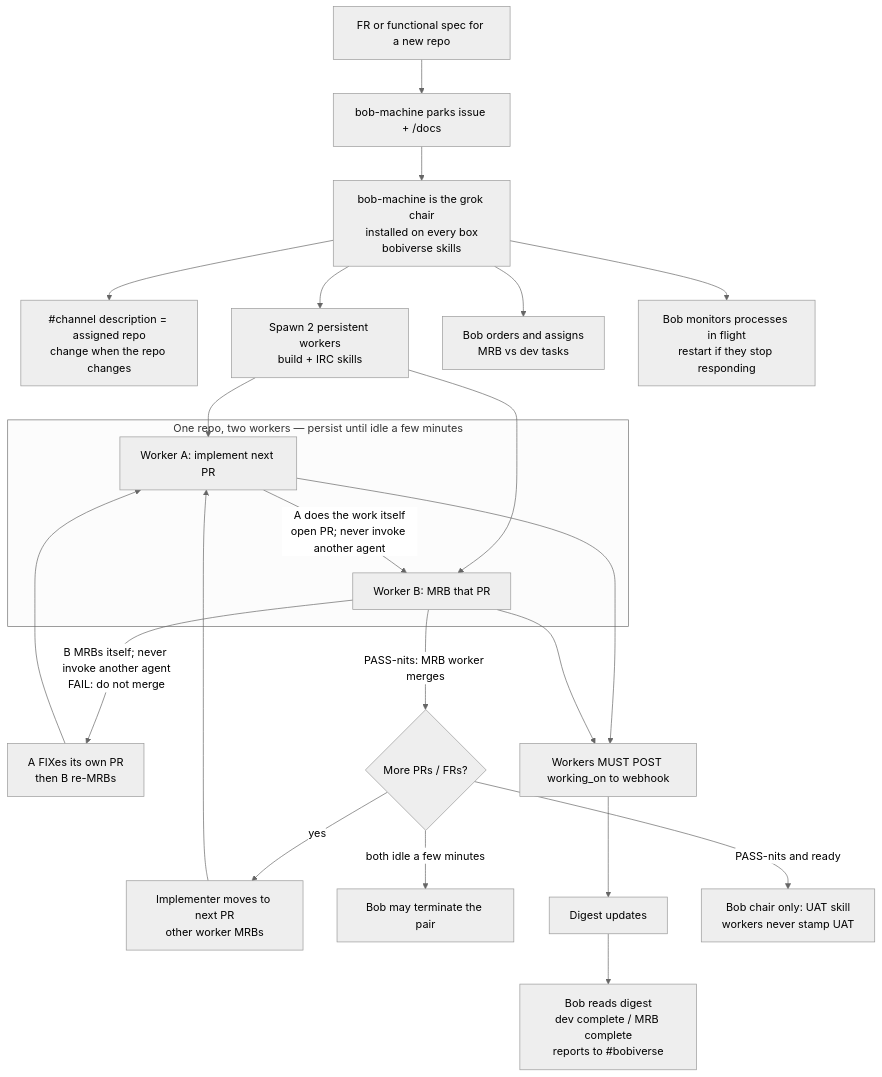
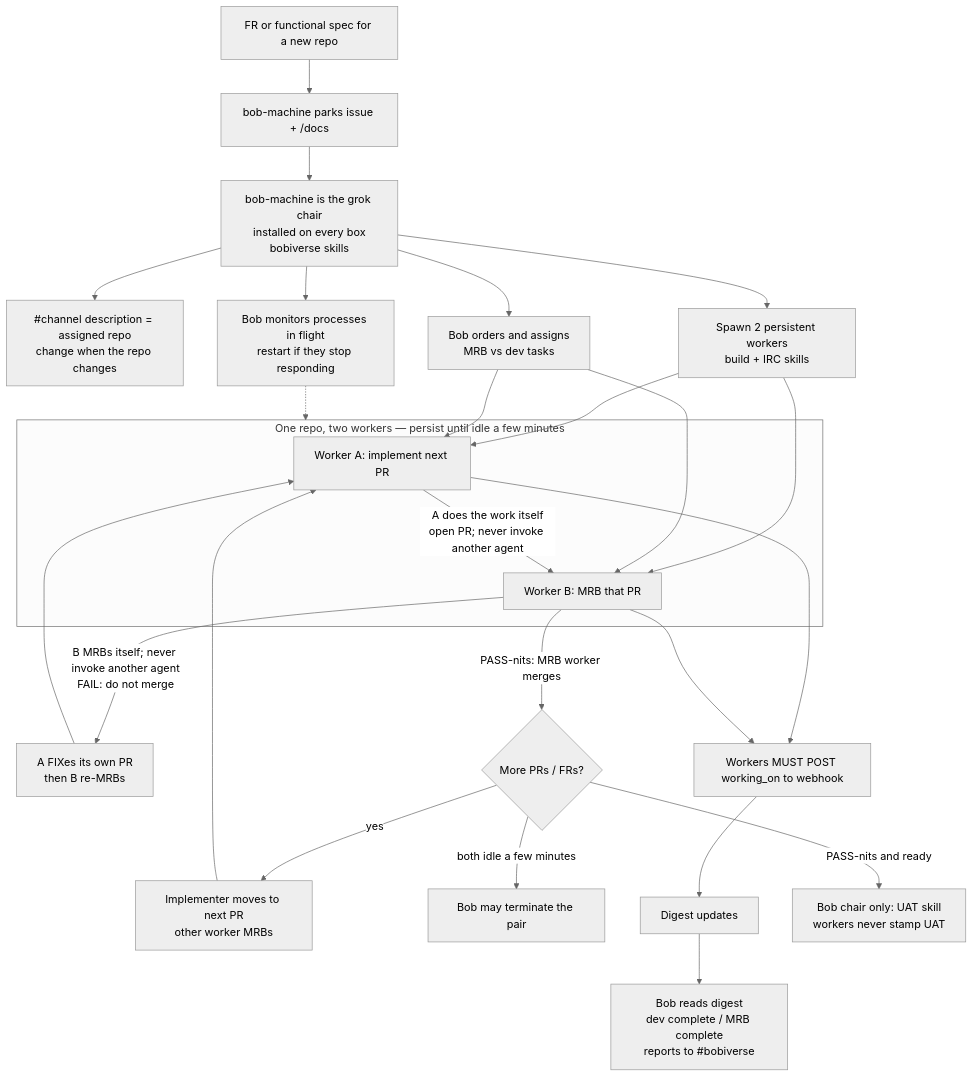
Before and after one commit to SimonBarnett/agentic_build: the diagram in README.md, drawn with Mermaid (neutral theme). The commit also changed 11 other files, not shown here.

````diff
--- a/README.md
+++ b/README.md
@@ -68,31 +68,34 @@
 ```mermaid
 flowchart TB
   IN["FR or functional spec for a new repo"]
   IN --> PARK["bob-machine parks issue + /docs"]
   PARK --> CHAIR["bob-machine is the grok chair\ninstalled on every box\nbobiverse skills"]
   CHAIR --> DESC["#channel description = assigned repo\nchange when the repo changes"]
   CHAIR --> PAIR["Spawn 2 persistent workers\nbuild + IRC skills"]
   CHAIR --> ASSIGN["Bob orders and assigns\nMRB vs dev tasks"]
   CHAIR --> MON["Bob monitors processes in flight\nrestart if they stop responding"]
 
   subgraph PAIRBOX["One repo, two workers — persist until idle a few minutes"]
     WA["Worker A: implement next PR"]
     WB["Worker B: MRB that PR"]
   end
 
   PAIR --> WA
   PAIR --> WB
+  ASSIGN --> WA
+  ASSIGN --> WB
+  MON -.-> PAIRBOX
   WA -->|"A does the work itself\nopen PR; never invoke another agent"| WB
   WB -->|"B MRBs itself; never invoke another agent\nFAIL: do not merge"| FIX["A FIXes its own PR\nthen B re-MRBs"]
   FIX --> WA
   WB -->|"PASS-nits: MRB worker merges"| NEXT{"More PRs / FRs?"}
   NEXT -->|yes| SWAP["Implementer moves to next PR\nother worker MRBs"]
   SWAP --> WA
   NEXT -->|both idle a few minutes| STOP["Bob may terminate the pair"]
 
   WA --> POST["Workers MUST POST working_on to webhook"]
   WB --> POST
   POST --> DIG["Digest updates"]
   DIG --> SAY["Bob reads digest\ndev complete / MRB complete\nreports to #bobiverse"]
   NEXT -->|PASS-nits and ready| UAT["Bob chair only: UAT skill\nworkers never stamp UAT"]
 ```
````
